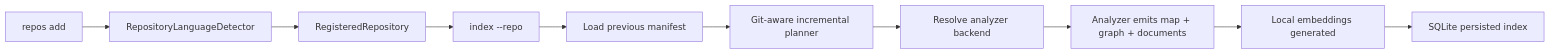
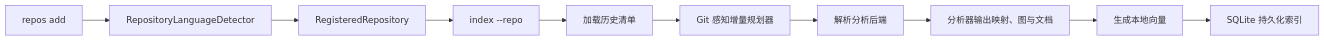
One commit to Gavinluo/Oscar changed the second of 4 diagrams in ARCHITECTURE.md. Above: the diagram before and after it, drawn with Mermaid. The commit also changed other lines of this file and 15 other files, not shown here.

````diff
--- a/ARCHITECTURE.md
+++ b/ARCHITECTURE.md
@@ -42,12 +41,12 @@
 ```mermaid
 flowchart LR
     A["repos add"] --> B["RepositoryLanguageDetector"]
     B --> C["RegisteredRepository"]
     C --> D["index --repo <id>"]
-    D --> E["Load previous manifest"]
-    E --> F["Git-aware incremental planner"]
-    F --> G["Resolve analyzer backend"]
-    G --> H["Analyzer emits map + graph + documents"]
-    H --> I["Local embeddings generated"]
-    I --> J["SQLite persisted index"]
+    D --> E["加载历史清单"]
+    E --> F["Git 感知增量规划器"]
+    F --> G["解析分析后端"]
+    G --> H["分析器输出映射、图与文档"]
+    H --> I["生成本地向量"]
+    I --> J["SQLite 持久化索引"]
 ```
````
